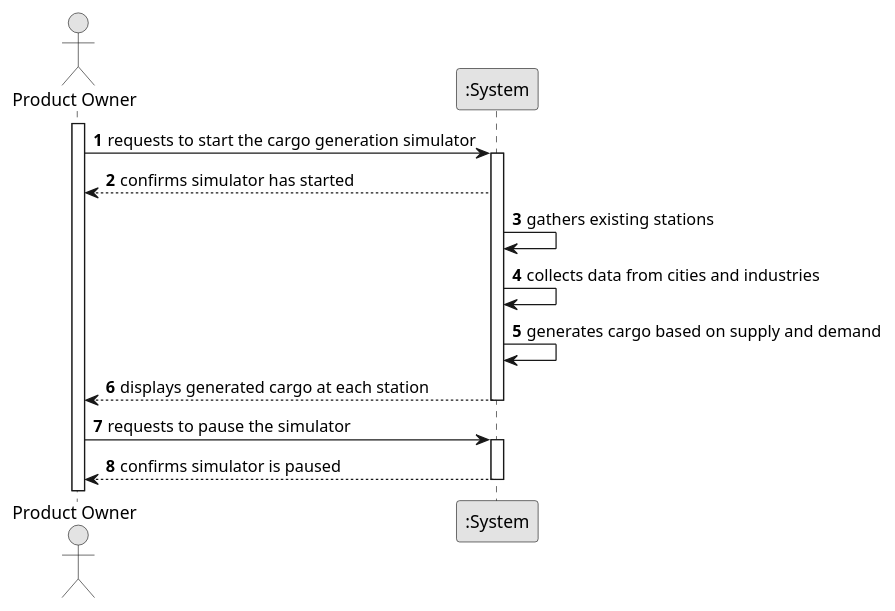
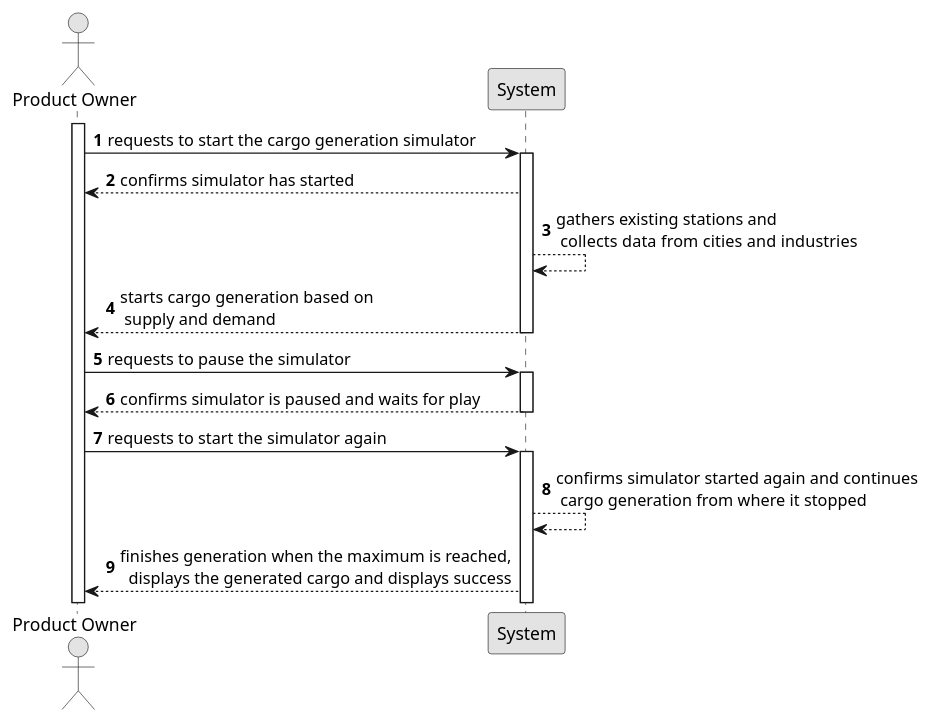
Before and after one commit to 1240935/pi2-railway-simulator: the diagram in docsFinais/US012/01.requirements-engineering/puml/US012-SSD.puml, drawn with PlantUML. The commit also changed 31 other files, not shown here.

```diff
--- a/docsFinais/US012/01.requirements-engineering/puml/US012-SSD.puml
+++ b/docsFinais/US012/01.requirements-engineering/puml/US012-SSD.puml
@@ -1,30 +1,36 @@
 @startuml
 skinparam monochrome true
 skinparam packageStyle rectangle
 skinparam shadowing false
 
 autonumber
 
 actor "Product Owner" as Employee
-participant ":System" as System
+participant "System" as System
 
 activate Employee
 
     Employee -> System : requests to start the cargo generation simulator
         activate System
 
             System --> Employee : confirms simulator has started
-            System -> System : gathers existing stations
-            System -> System : collects data from cities and industries
-            System -> System : generates cargo based on supply and demand
-            System --> Employee : displays generated cargo at each station
-
+            System --> System : gathers existing stations and \n collects data from  cities and industries
+            System --> Employee : starts cargo generation based on \n supply and demand
         deactivate System
 
         Employee -> System : requests to pause the simulator
         activate System
 
-            System --> Employee : confirms simulator is paused
+            System --> Employee : confirms simulator is paused and waits for play
 
         deactivate System
+        Employee -> System : requests to start the simulator again
+        activate System
+
+            System --> System: confirms simulator started again and continues \n cargo generation from where it stopped
+            System --> Employee: finishes generation when the maximum is reached,\n  displays the generated cargo and displays success
+
+
+
+
 @enduml
```
